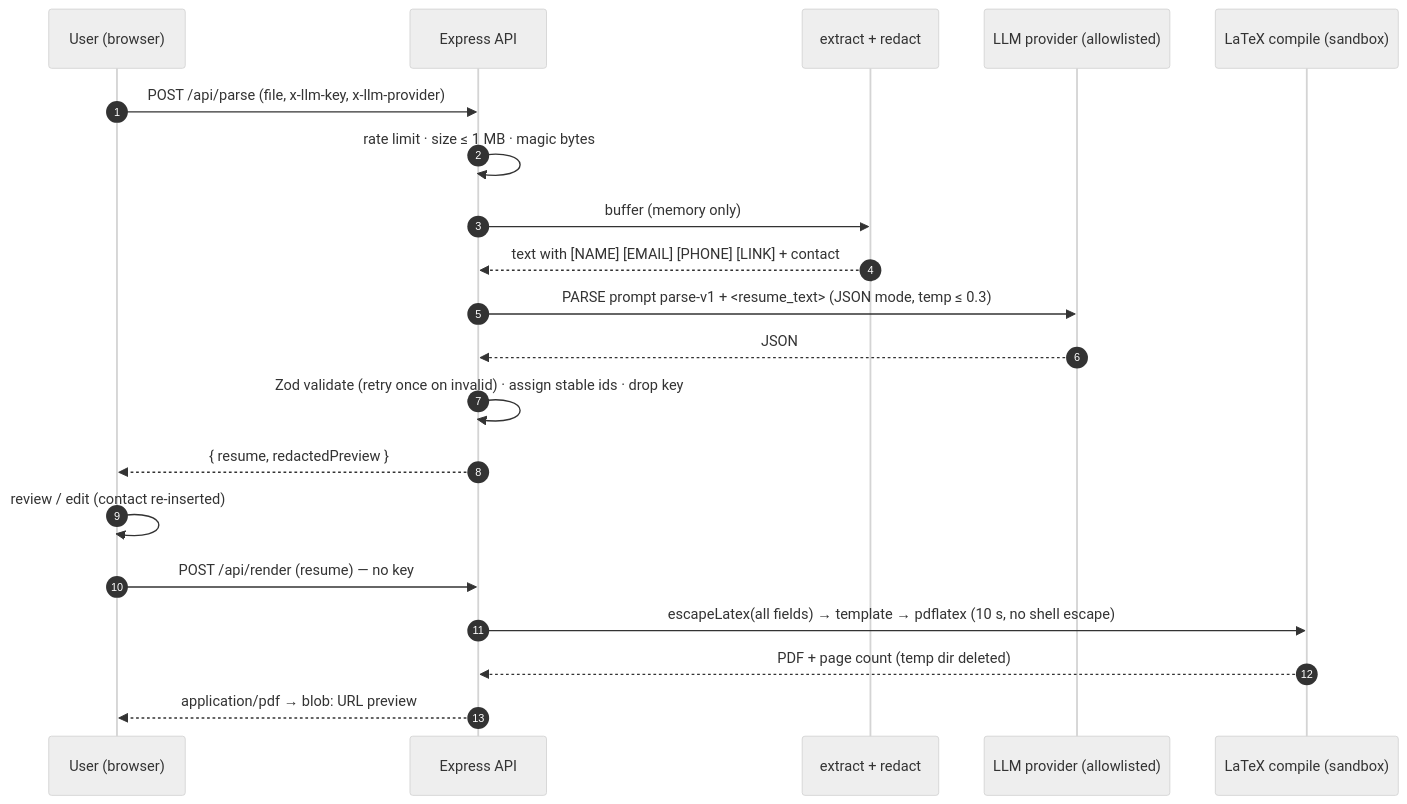
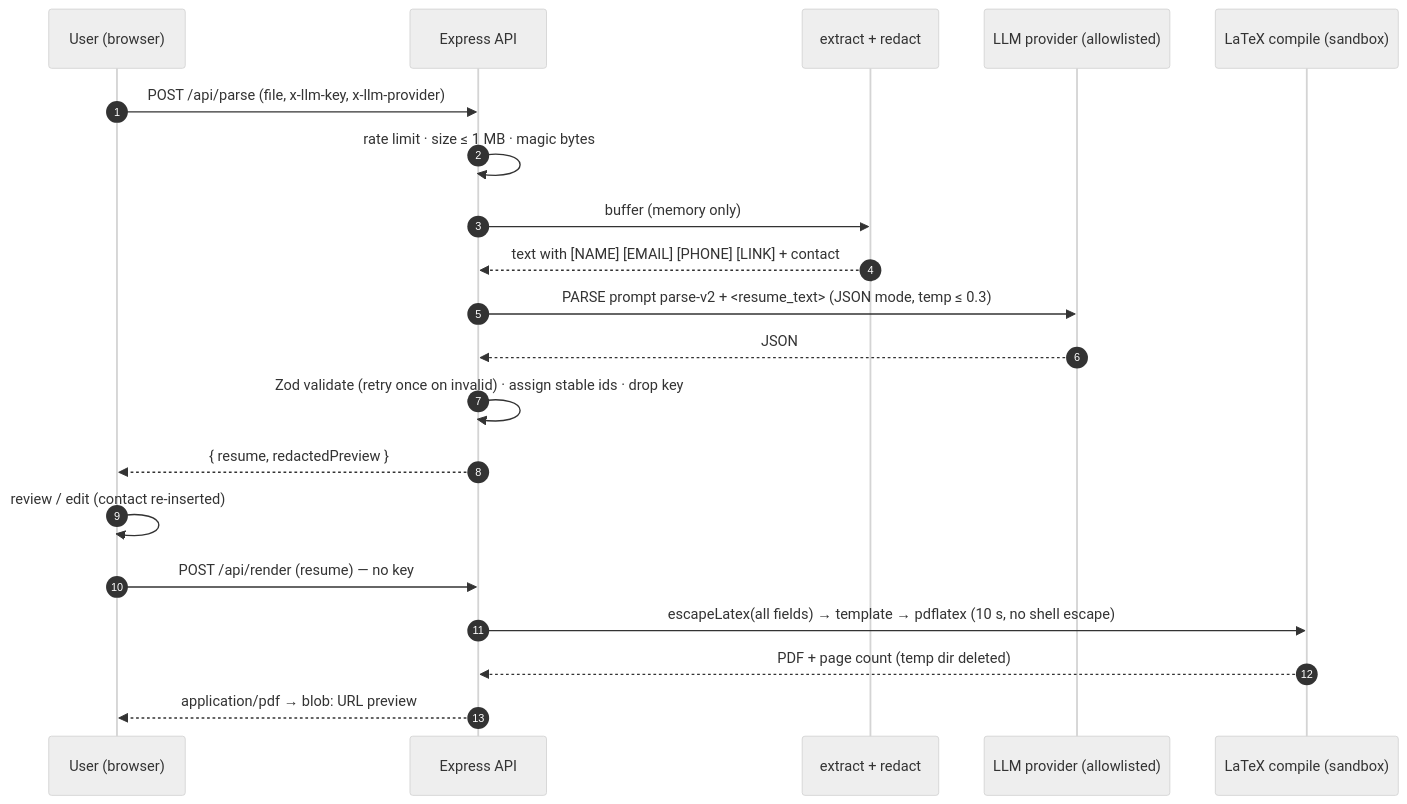
Before and after one commit to h4rdik1/tailex: the second of 3 diagrams in docs/ARCHITECTURE.md, drawn with Mermaid (neutral theme). The commit also changed other lines of this file and 21 other files, not shown here.

First line of the commit message:
feat: optional headline and Summary section (prompt parse-v2)

````diff
--- a/docs/ARCHITECTURE.md
+++ b/docs/ARCHITECTURE.md
@@ -44,23 +44,23 @@
 ```mermaid
 sequenceDiagram
   autonumber
   participant U as User (browser)
   participant S as Express API
   participant X as extract + redact
   participant P as LLM provider (allowlisted)
   participant L as LaTeX compile (sandbox)
 
   U->>S: POST /api/parse (file, x-llm-key, x-llm-provider)
   S->>S: rate limit · size ≤ 1 MB · magic bytes
   S->>X: buffer (memory only)
   X-->>S: text with [NAME] [EMAIL] [PHONE] [LINK] + contact
-  S->>P: PARSE prompt parse-v1 + <resume_text> (JSON mode, temp ≤ 0.3)
+  S->>P: PARSE prompt parse-v2 + <resume_text> (JSON mode, temp ≤ 0.3)
   P-->>S: JSON
   S->>S: Zod validate (retry once on invalid) · assign stable ids · drop key
   S-->>U: { resume, redactedPreview }
   U->>U: review / edit (contact re-inserted)
   U->>S: POST /api/render (resume)  — no key
   S->>L: escapeLatex(all fields) → template → pdflatex (10 s, no shell escape)
   L-->>S: PDF + page count (temp dir deleted)
   S-->>U: application/pdf → blob: URL preview
 ```
````
